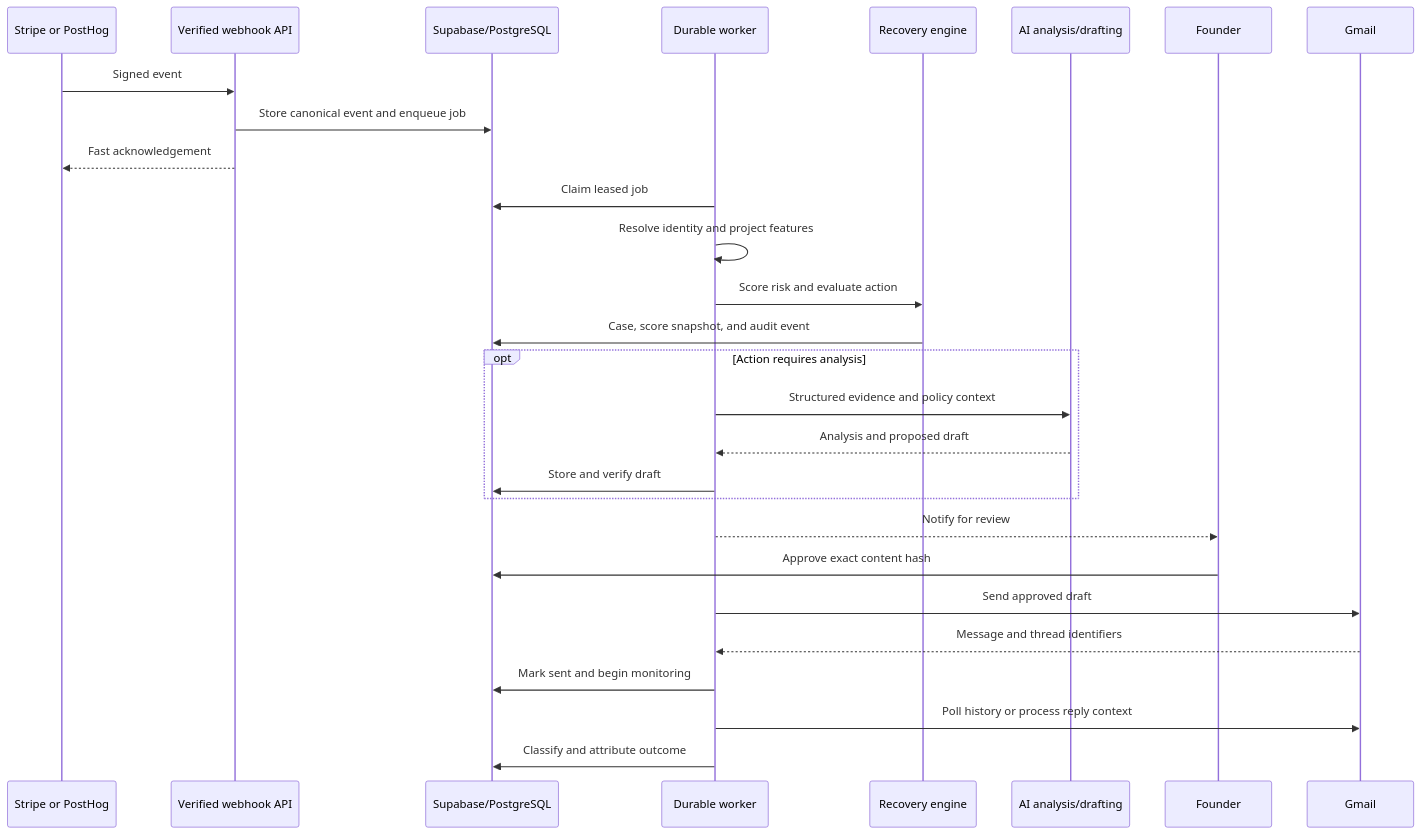
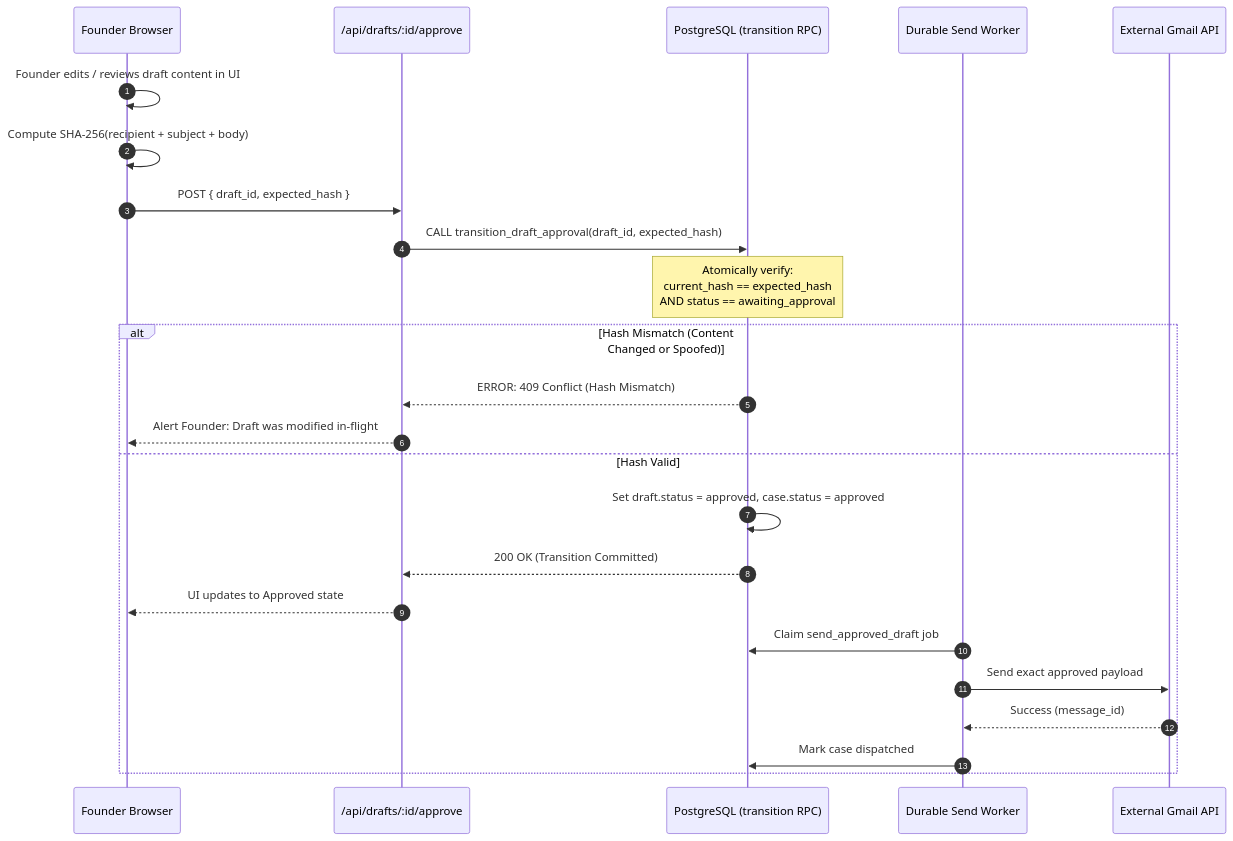
Before and after one commit to kushagarasingh9-oss/Allel: the ninth of 16 diagrams in README.md, drawn with Mermaid. The commit also changed other lines of this file and 5 other files, not shown here.

Commit message:
docs: redesign README and documentation with comprehensive architecture and logic diagrams

````diff
--- a/README.md
+++ b/README.md
@@ -170,31 +441,29 @@
 ```mermaid
 sequenceDiagram
-    participant Provider as Stripe or PostHog
-    participant API as Verified webhook API
-    participant DB as Supabase/PostgreSQL
-    participant Worker as Durable worker
-    participant Policy as Recovery engine
-    participant AI as AI analysis/drafting
-    participant Founder as Founder
-    participant Gmail as Gmail
+    autonumber
+    participant UI as Founder Browser
+    participant API as /api/drafts/:id/approve
+    participant DB as PostgreSQL (transition RPC)
+    participant Worker as Durable Send Worker
+    participant Gmail as External Gmail API
 
-    Provider->>API: Signed event
-    API->>DB: Store canonical event and enqueue job
-    API-->>Provider: Fast acknowledgement
-    Worker->>DB: Claim leased job
-    Worker->>Worker: Resolve identity and project features
-    Worker->>Policy: Score risk and evaluate action
-    Policy->>DB: Case, score snapshot, and audit event
-    opt Action requires analysis
-        Worker->>AI: Structured evidence and policy context
-        AI-->>Worker: Analysis and proposed draft
-        Worker->>DB: Store and verify draft
+    UI->>UI: Founder edits / reviews draft content in UI
+    UI->>UI: Compute SHA-256(recipient + subject + body)
+    UI->>API: POST { draft_id, expected_hash }
+
+    API->>DB: CALL transition_draft_approval(draft_id, expected_hash)
+    Note over DB: Atomically verify:<br/>current_hash == expected_hash<br/>AND status == awaiting_approval
+    
+    alt Hash Mismatch (Content Changed or Spoofed)
+        DB-->>API: ERROR: 409 Conflict (Hash Mismatch)
+        API-->>UI: Alert Founder: Draft was modified in-flight
+    else Hash Valid
+        DB->>DB: Set draft.status = approved, case.status = approved
+        DB-->>API: 200 OK (Transition Committed)
+        API-->>UI: UI updates to Approved state
+        Worker->>DB: Claim send_approved_draft job
+        Worker->>Gmail: Send exact approved payload
+        Gmail-->>Worker: Success (message_id)
+        Worker->>DB: Mark case dispatched
     end
-    Worker-->>Founder: Notify for review
-    Founder->>DB: Approve exact content hash
-    Worker->>Gmail: Send approved draft
-    Gmail-->>Worker: Message and thread identifiers
-    Worker->>DB: Mark sent and begin monitoring
-    Worker->>Gmail: Poll history or process reply context
-    Worker->>DB: Classify and attribute outcome
 ```
````
